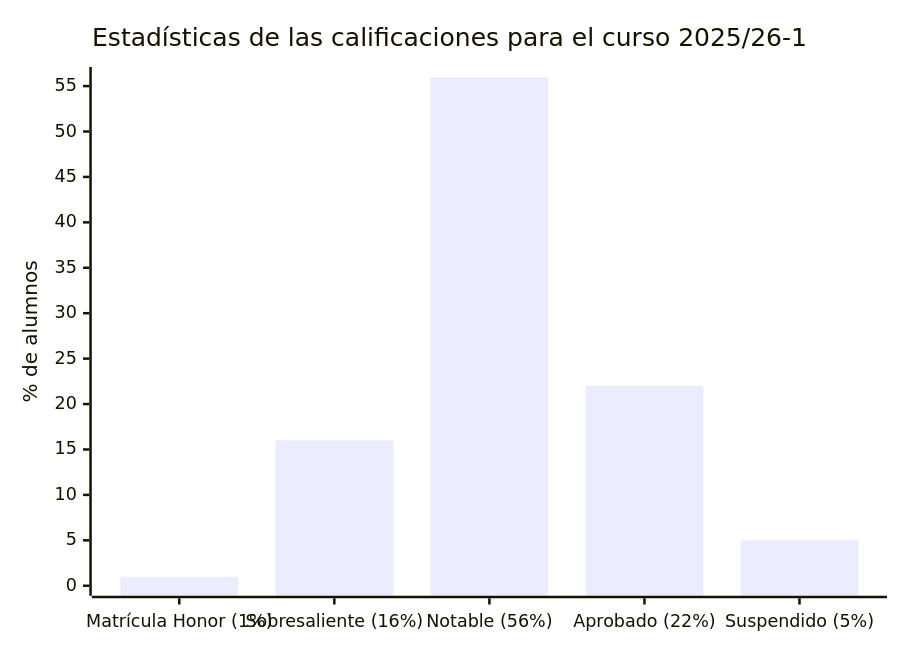
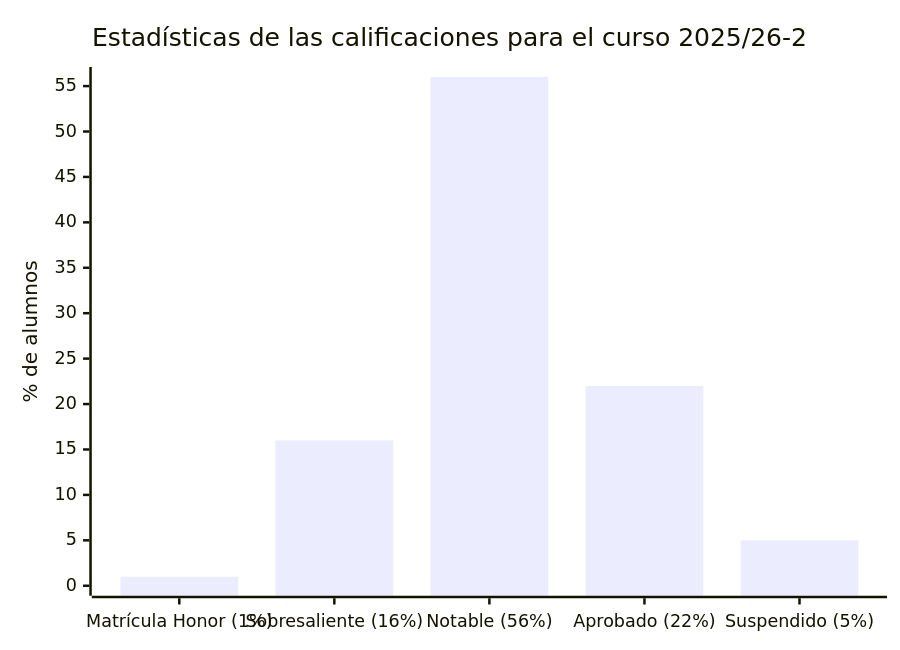
One commit to HenestrosaDev/uoc-ingenieria-informatica changed the first of 2 diagrams in fundamentos_fisicos_de_la_informatica/README.md. Above: the diagram before and after it, drawn with Mermaid. The commit also changed other lines of this file, not shown here.

Commit message:
[FIS] Corrige curso del plan docente

````diff
--- a/fundamentos_fisicos_de_la_informatica/README.md
+++ b/fundamentos_fisicos_de_la_informatica/README.md
@@ -22,7 +22,7 @@
 ```mermaid
 xychart-beta
-		title "Estadísticas de las calificaciones para el curso 2025/26-1"
+		title "Estadísticas de las calificaciones para el curso 2025/26-2"
 		x-axis ["Matrícula Honor (1%)", "Sobresaliente (16%)", "Notable (56%)", "Aprobado (22%)", "Suspendido (5%)"]
 		y-axis "% de alumnos" 0 --> 56
 		bar [1, 16, 56, 22, 5]
 ```
````
